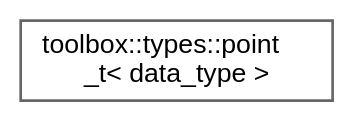
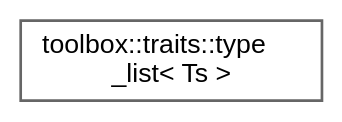
Before and after one commit to nerdneilsfield/cpp-toolbox: the diagram in inherit_graph_154.dot, drawn with Graphviz. The commit also changed 282 other files, not shown here.

```diff
--- a/inherit_graph_154.dot
+++ b/inherit_graph_154.dot
@@ -1,9 +1,9 @@
 digraph "Graphical Class Hierarchy"
 {
  // LATEX_PDF_SIZE
   bgcolor="transparent";
   edge [fontname=Helvetica,fontsize=10,labelfontname=Helvetica,labelfontsize=10];
   node [fontname=Helvetica,fontsize=10,shape=box,height=0.2,width=0.4];
   rankdir="LR";
-  Node0 [id="Node000000",label="toolbox::types::point\l_t\< data_type \>",height=0.2,width=0.4,color="grey40", fillcolor="white", style="filled",URL="$structtoolbox_1_1types_1_1point__t.html",tooltip=" "];
+  Node0 [id="Node000000",label="toolbox::traits::type\l_list\< Ts \>",height=0.2,width=0.4,color="grey40", fillcolor="white", style="filled",URL="$structtoolbox_1_1traits_1_1type__list.html",tooltip="类型列表容器/Type list container"];
 }
```
